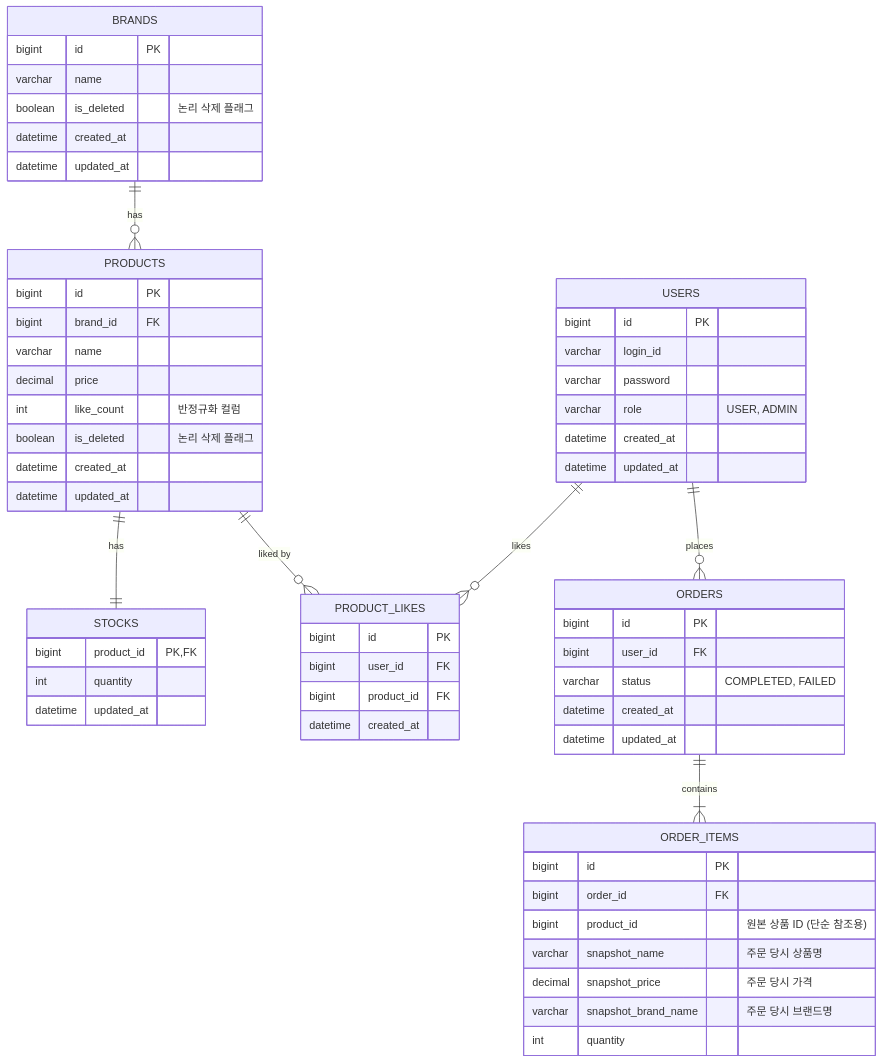
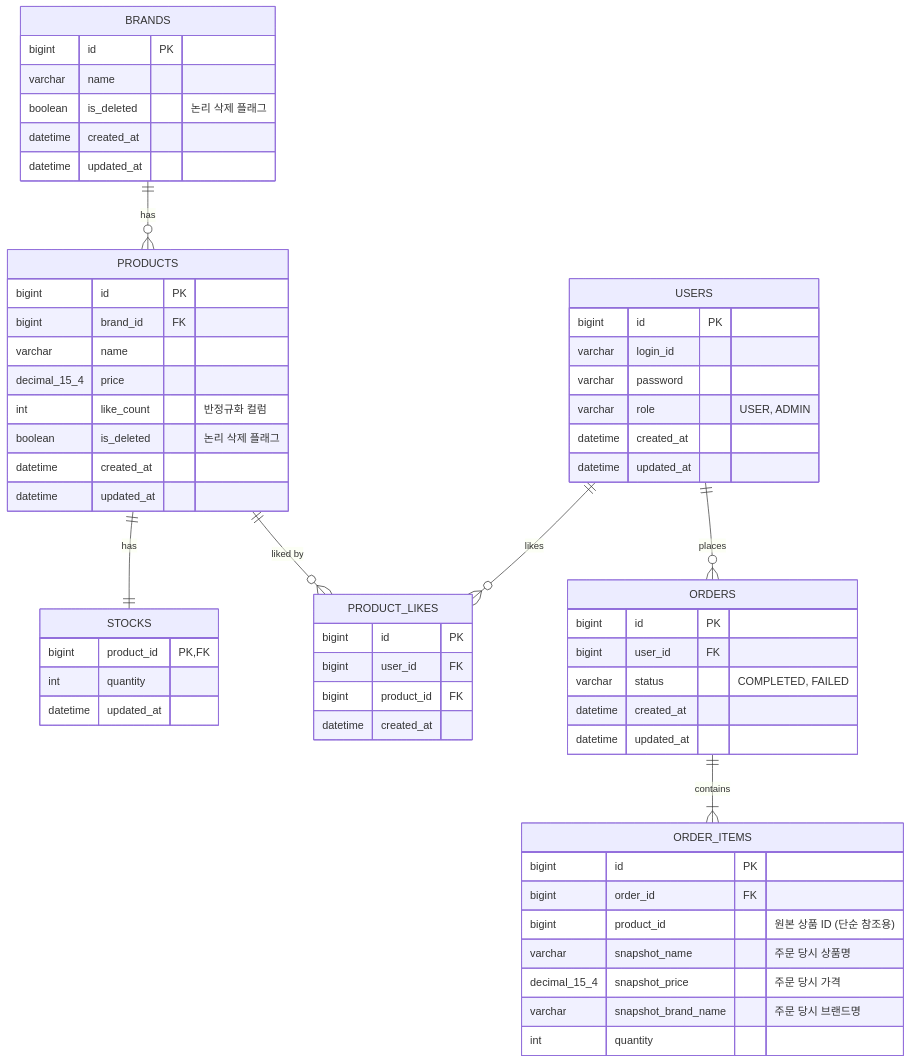
The diagram in docs/week2/04-erd.md (loopers-labs/loop-pack-be-l2-vol4-java), drawn with Mermaid before and after one commit.

Commit message:
docs: decimal precision/scale 명시

````diff
--- a/docs/week2/04-erd.md
+++ b/docs/week2/04-erd.md
@@ -1,70 +1,70 @@
 ```mermaid
 erDiagram
     USERS {
         bigint id PK
         varchar login_id
         varchar password
         varchar role "USER, ADMIN"
         datetime created_at
         datetime updated_at
     }
 
     BRANDS {
         bigint id PK
         varchar name
         boolean is_deleted "논리 삭제 플래그"
         datetime created_at
         datetime updated_at
     }
 
     PRODUCTS {
         bigint id PK
         bigint brand_id FK
         varchar name
-        decimal price
+        decimal_15_4 price
         int like_count "반정규화 컬럼"
         boolean is_deleted "논리 삭제 플래그"
         datetime created_at
         datetime updated_at
     }
 
     STOCKS {
         bigint product_id PK, FK
         int quantity
         datetime updated_at
     }
 
     PRODUCT_LIKES {
         bigint id PK
         bigint user_id FK
         bigint product_id FK
         datetime created_at
         %% Unique Index: (user_id, product_id)
     }
 
     ORDERS {
         bigint id PK
         bigint user_id FK
         varchar status "COMPLETED, FAILED"
         datetime created_at
         datetime updated_at
     }
 
     ORDER_ITEMS {
         bigint id PK
         bigint order_id FK
         bigint product_id "원본 상품 ID (단순 참조용)"
         varchar snapshot_name "주문 당시 상품명"
-        decimal snapshot_price "주문 당시 가격"
+        decimal_15_4 snapshot_price "주문 당시 가격"
         varchar snapshot_brand_name "주문 당시 브랜드명"
         int quantity
     }
 
     %% Relationships
     BRANDS ||--o{ PRODUCTS : "has"
     PRODUCTS ||--|| STOCKS : "has"
     USERS ||--o{ ORDERS : "places"
     ORDERS ||--|{ ORDER_ITEMS : "contains"
     USERS ||--o{ PRODUCT_LIKES : "likes"
     PRODUCTS ||--o{ PRODUCT_LIKES : "liked by"
 ```
````
